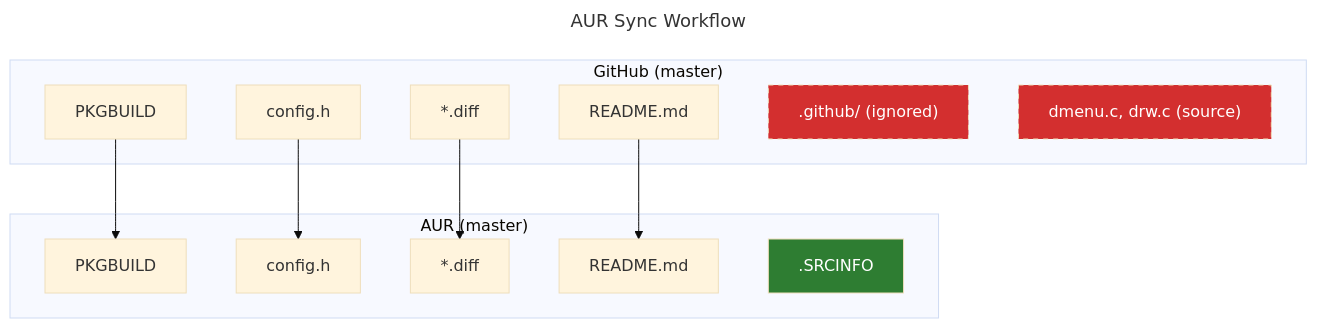
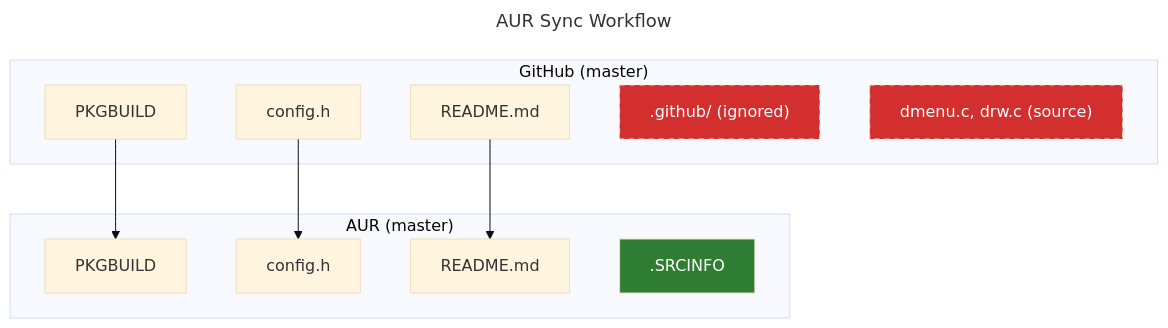
One commit to limaon/dmenu-xft-emoji changed the fourth of 4 diagrams in README.md. Above: the diagram before and after it, drawn with Mermaid (base theme). The commit also changed other lines of this file and 10 other files, not shown here.

````diff
--- a/README.md
+++ b/README.md
@@ -134,31 +168,28 @@
 ```mermaid
 ---
 title: AUR Sync Workflow
 ---
 flowchart TB
     subgraph GitHub["GitHub (master)"]
         G1[PKGBUILD]
         G2[config.h]
-        G3[*.diff]
-        G4[README.md]
-        G5[".github/ (ignored)"]
-        G6["dmenu.c, drw.c (source)"]
+        G3[README.md]
+        G4[".github/ (ignored)"]
+        G5["dmenu.c, drw.c (source)"]
     end
 
     subgraph AUR["AUR (master)"]
         A1[PKGBUILD]
         A2[config.h]
-        A3[*.diff]
-        A4[README.md]
-        A5[.SRCINFO]
+        A3[README.md]
+        A4[.SRCINFO]
     end
 
     G1 --> A1
     G2 --> A2
     G3 --> A3
-    G4 --> A4
 
+    style G4 fill:#d32f2f,stroke-dasharray: 5 5,color:#ffffff
     style G5 fill:#d32f2f,stroke-dasharray: 5 5,color:#ffffff
-    style G6 fill:#d32f2f,stroke-dasharray: 5 5,color:#ffffff
-    style A5 fill:#2e7d32,color:#ffffff
+    style A4 fill:#2e7d32,color:#ffffff
 ```
````
